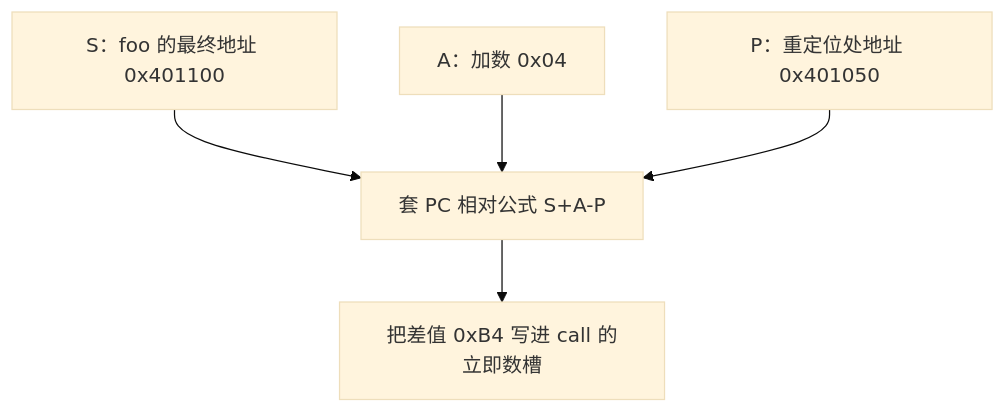
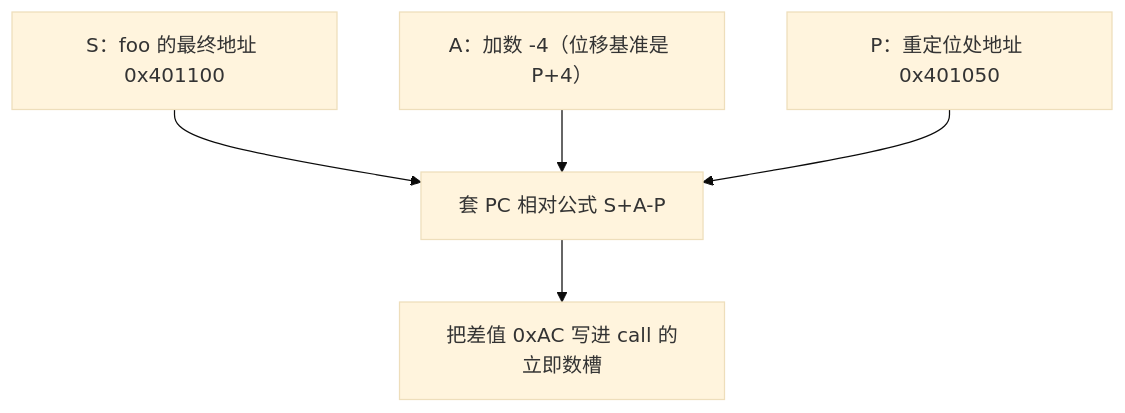
The second of 2 diagrams in docs/cs/link-reloc.md (xhongduo-tech/xhongduo-tech.github.io), drawn with Mermaid (base theme) before and after one commit. The commit also changed other lines of this file and 8 other files, not shown here.

````diff
--- a/docs/cs/link-reloc.md
+++ b/docs/cs/link-reloc.md
@@ -48,7 +48,7 @@
 ```mermaid
 flowchart TD
   S["S：foo 的最终地址 0x401100"] --> CALC["套 PC 相对公式 S+A-P"]
-  A["A：加数 0x04"] --> CALC
+  A["A：加数 -4（位移基准是 P+4）"] --> CALC
   P["P：重定位处地址 0x401050"] --> CALC
-  CALC --> W["把差值 0xB4 写进 call 的立即数槽"]
+  CALC --> W["把差值 0xAC 写进 call 的立即数槽"]
 ```
````
